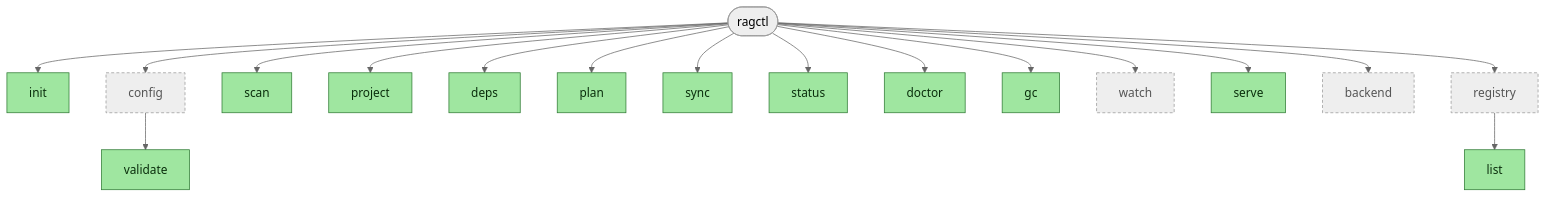
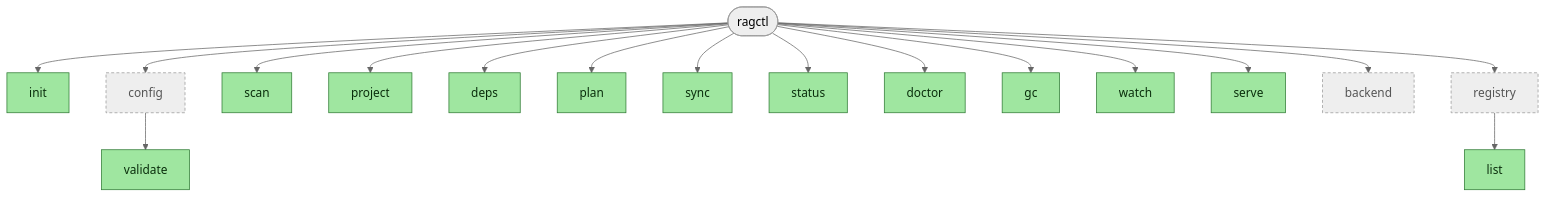
One commit to aleutian-ai/depctl changed the first of 11 diagrams in docs/architecture.md. Above: the diagram before and after it, drawn with Mermaid (neutral theme). The commit also changed other lines of this file and 27 other files, not shown here.

````diff
--- a/docs/architecture.md
+++ b/docs/architecture.md
@@ -65,26 +65,26 @@
 ```mermaid
 graph TD
     root(["ragctl"])
     root --> init["init"]
     root --> configCmd["config"]
     configCmd --> validate["validate"]
     root --> scan["scan"]
     root --> project["project"]
     root --> deps["deps"]
     root --> plan["plan"]
     root --> sync["sync"]
     root --> status["status"]
     root --> doctor["doctor"]
     root --> gc["gc"]
     root --> watch["watch"]
     root --> serve["serve"]
     root --> backend["backend"]
     root --> registryCmd["registry"]
     registryCmd --> registryList["list"]
 
     classDef implemented fill:#9fe6a0,stroke:#2f7a34,color:#0a2e0c;
     classDef stub fill:#eee,stroke:#999,color:#555,stroke-dasharray: 4 3;
 
-    class init,validate,scan,project,deps,plan,sync,status,doctor,gc,serve,registryList implemented
-    class configCmd,watch,backend,registryCmd stub
+    class init,validate,scan,project,deps,plan,sync,status,doctor,gc,watch,serve,registryList implemented
+    class configCmd,backend,registryCmd stub
 ```
````
